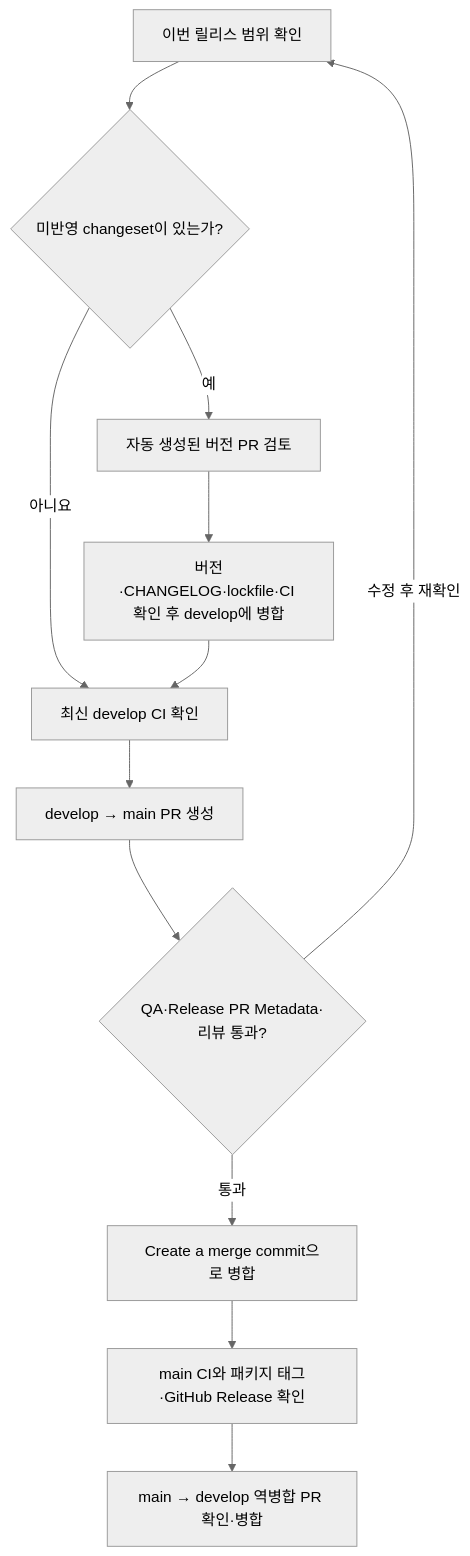
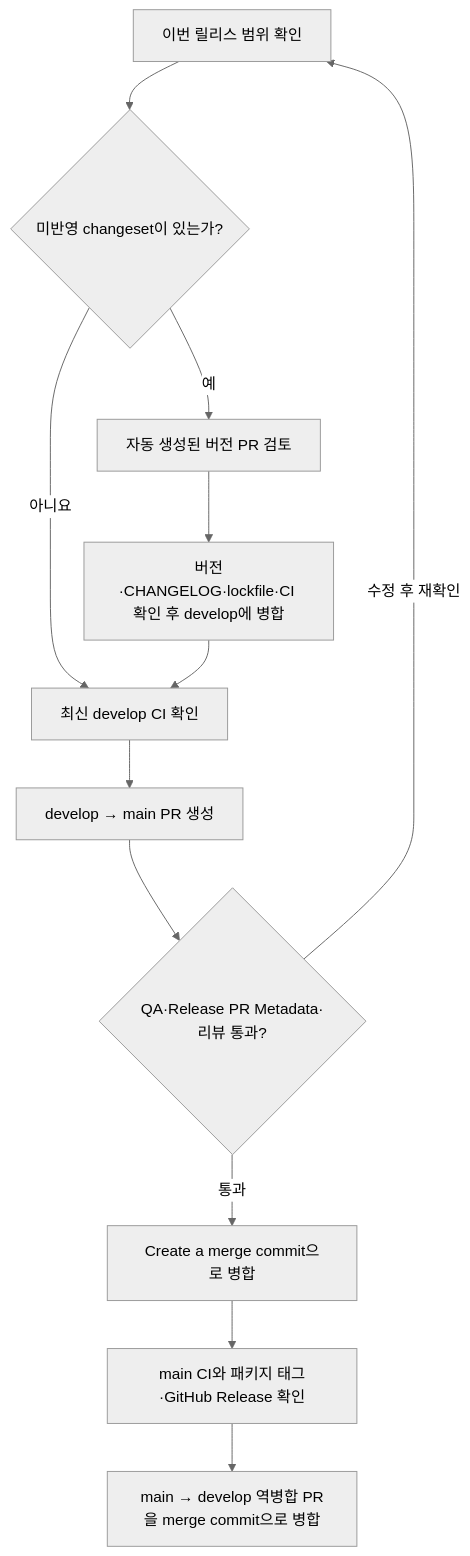
Before and after one commit to gdg-hongik-univ/gdg-hongik: the second of 2 diagrams in docs/release-workflow.md, drawn with Mermaid (neutral theme). The commit also changed other lines of this file and 3 other files, not shown here.

````diff
--- a/docs/release-workflow.md
+++ b/docs/release-workflow.md
@@ -92,14 +92,14 @@
 ```mermaid
 flowchart TD
     A[이번 릴리스 범위 확인] --> B{미반영 changeset이 있는가?}
     B -->|예| C[자동 생성된 버전 PR 검토]
     C --> D[버전·CHANGELOG·lockfile·CI 확인 후 develop에 병합]
     B -->|아니요| E[최신 develop CI 확인]
     D --> E
     E --> F[develop → main PR 생성]
     F --> G{QA·Release PR Metadata·리뷰 통과?}
     G -->|수정 후 재확인| A
     G -->|통과| H[Create a merge commit으로 병합]
     H --> I[main CI와 패키지 태그·GitHub Release 확인]
-    I --> J[main → develop 역병합 PR 확인·병합]
+    I --> J[main → develop 역병합 PR을 merge commit으로 병합]
 ```
````
